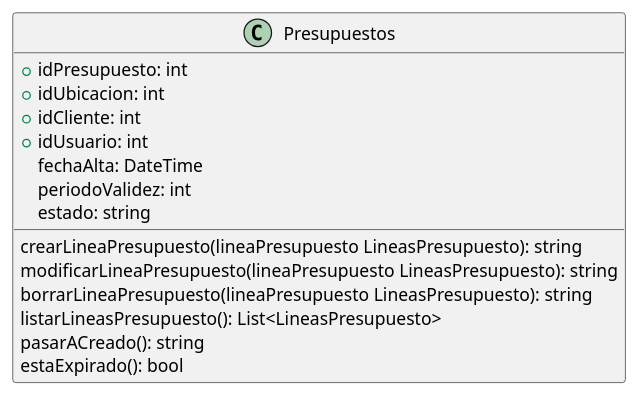
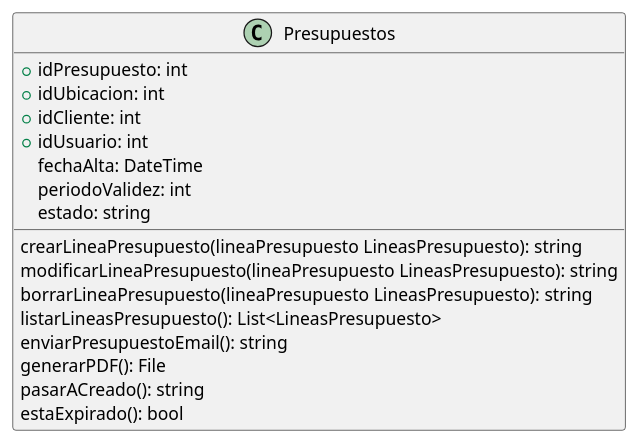
The diagram in DiagramaClases/Clases/Presupuestos.puml (ZMGestion/DocumentacionZMGestion), drawn with PlantUML before and after one commit. The commit also changed 19 other files, not shown here.

Commit message:
Nuevo DiagramasDeSecuencia

```diff
--- a/DiagramaClases/Clases/Presupuestos.puml
+++ b/DiagramaClases/Clases/Presupuestos.puml
@@ -1,18 +1,20 @@
 @startuml Presupuestos
 class Presupuestos{
     +idPresupuesto: int
     +idUbicacion: int
     +idCliente: int
     +idUsuario: int
     fechaAlta: DateTime
     periodoValidez: int
     estado: string
 
     crearLineaPresupuesto(lineaPresupuesto LineasPresupuesto): string
     modificarLineaPresupuesto(lineaPresupuesto LineasPresupuesto): string
     borrarLineaPresupuesto(lineaPresupuesto LineasPresupuesto): string
     listarLineasPresupuesto(): List<LineasPresupuesto>
+    enviarPresupuestoEmail(): string
+    generarPDF(): File
     pasarACreado(): string
     estaExpirado(): bool
 }
 @endumls
```
